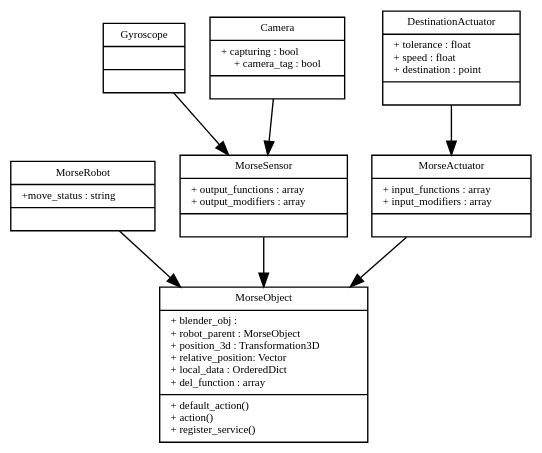
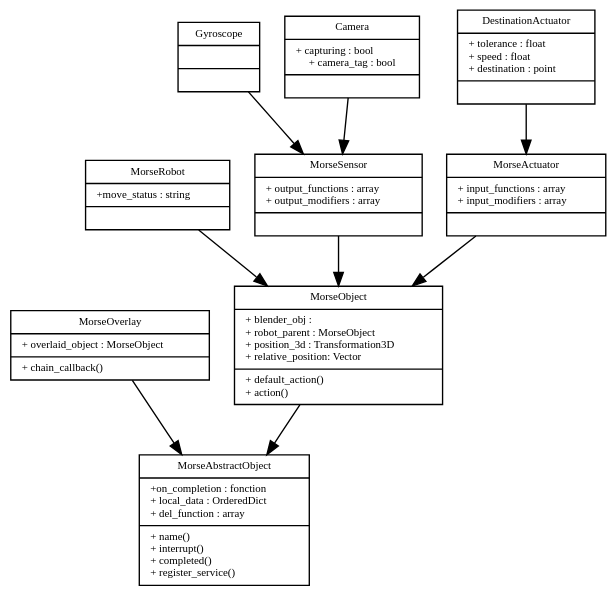
One commit to morse-simulator/morse changed the diagram in doc/morse/dev/morse_uml.dot. Above: the diagram before and after it, drawn with Graphviz. The commit also changed 2 other files, not shown here.

Commit message:
[doc] Update uml schema to reflect current code

```diff
--- a/doc/morse/dev/morse_uml.dot
+++ b/doc/morse/dev/morse_uml.dot
@@ -1,54 +1,64 @@
 digraph G {
 	fontname = "Bitstream Vera Sans"
 	fontsize = 8
 	bgcolor="transparent"
 					    
 	node [
 		fontname = "Bitstream Vera Sans"
 		fontsize = 8
 		shape = "record"
 		fillcolor="white"
 		style="filled"
 	]
 
 	edge [
 		fontname = "Bitstream Vera Sans"
 		fontsize = 8
 		color="black"
 	]
 
+	MorseAbstractObject [
+		label = "{MorseAbstractObject |+on_completion : fonction\l+ local_data : OrderedDict\l+ del_function : array\l|+ name()\l+ interrupt()\l+ completed()\l+ register_service()\l }"
+	]
+
+	MorseOverlay [
+		label = "{MorseOverlay | + overlaid_object : MorseObject\l| + chain_callback()\l}"
+	]
+
 	MorseObject [
-		label = "{MorseObject | + blender_obj :\l+ robot_parent : MorseObject\l+ position_3d : Transformation3D\l+ relative_position: Vector\l+ local_data : OrderedDict\l+ del_function : array\l|+ default_action()\l+ action()\l+ register_service()\l }"
+		label = "{MorseObject | + blender_obj :\l+ robot_parent : MorseObject\l+ position_3d : Transformation3D\l+ relative_position: Vector\l|+ default_action()\l+ action()\l }"
 	]
 
 	MorseRobot [
 		label = "{MorseRobot | +move_status : string\l| }"
 	]
 
 	MorseSensor [
 		label = "{MorseSensor | + output_functions : array\l+ output_modifiers : array\l |}"
 	]
 
 	MorseActuator [
 		label = "{MorseActuator | + input_functions : array\l+ input_modifiers : array\l |}"
 	]
 
 	Gyroscope [
 		label = "{Gyroscope || }"
 	]
 
 	Camera [
 		label = "{Camera |+ capturing : bool\l+ camera_tag : bool | }"
 	]
 
 	DestinationActuator [
 		label = "{DestinationActuator | + tolerance : float\l+ speed : float\l+ destination : point\l | }"
 	]
 
+	MorseObject -> MorseAbstractObject
+	MorseOverlay -> MorseAbstractObject
 	MorseRobot -> MorseObject
 	MorseSensor -> MorseObject
 	MorseActuator -> MorseObject
 	Gyroscope -> MorseSensor
 	Camera -> MorseSensor
 	DestinationActuator -> MorseActuator
 }
```
